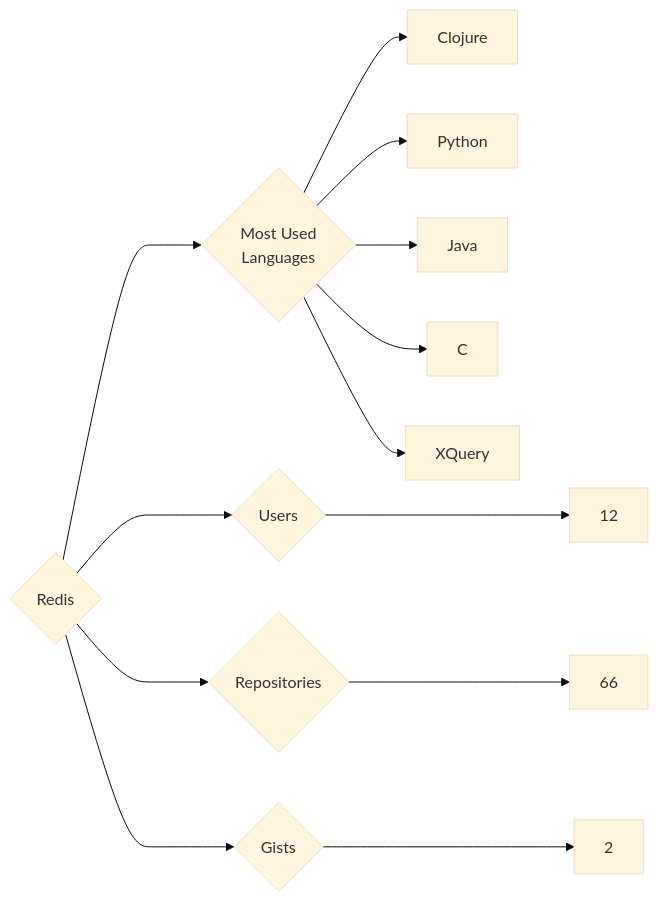
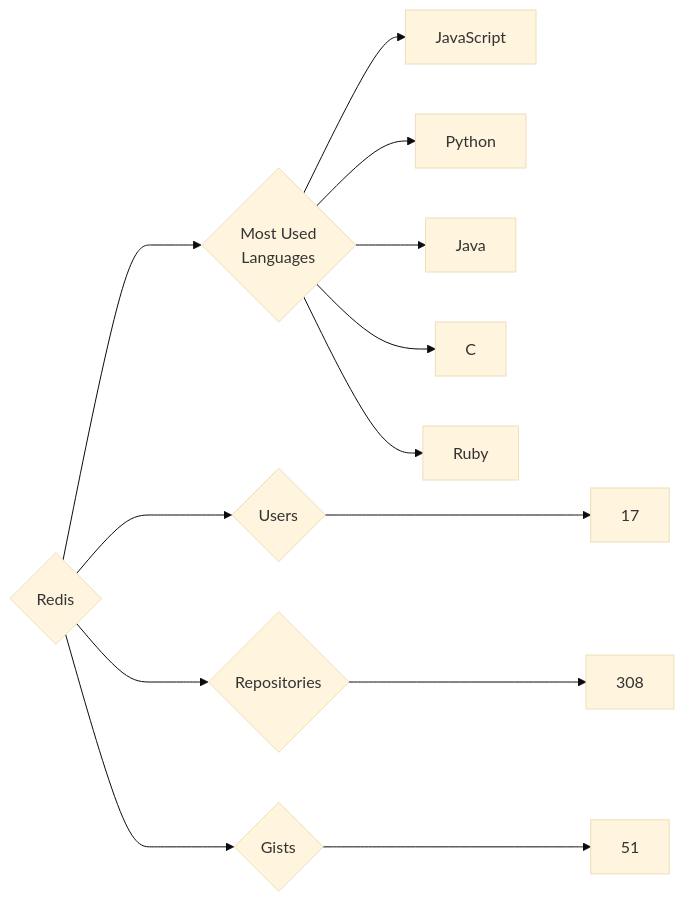
One commit to trickest/insiders changed the diagram in targets/Redis/README.md. Above: the diagram before and after it, drawn with Mermaid (base theme). The commit also changed 851 other files, not shown here.

````diff
--- a/targets/Redis/README.md
+++ b/targets/Redis/README.md
@@ -3,13 +3,13 @@
 ```mermaid
 graph LR
 COMPANY_NAME{Redis}
-COMPANY_NAME ---> U{Users} ---> UN[12]
-COMPANY_NAME ---> R{Repositories} ---> RN[66]
-COMPANY_NAME ---> G{Gists} ---> GN[2]
+COMPANY_NAME ---> U{Users} ---> UN[17]
+COMPANY_NAME ---> R{Repositories} ---> RN[308]
+COMPANY_NAME ---> G{Gists} ---> GN[51]
 COMPANY_NAME ---> ML{Most Used<br>Languages}
-ML --> Clojure[Clojure]
+ML --> JavaScript[JavaScript]
 ML --> Python[Python]
 ML --> Java[Java]
 ML --> C[C]
-ML --> XQuery[XQuery]
+ML --> Ruby[Ruby]
 ```
````
